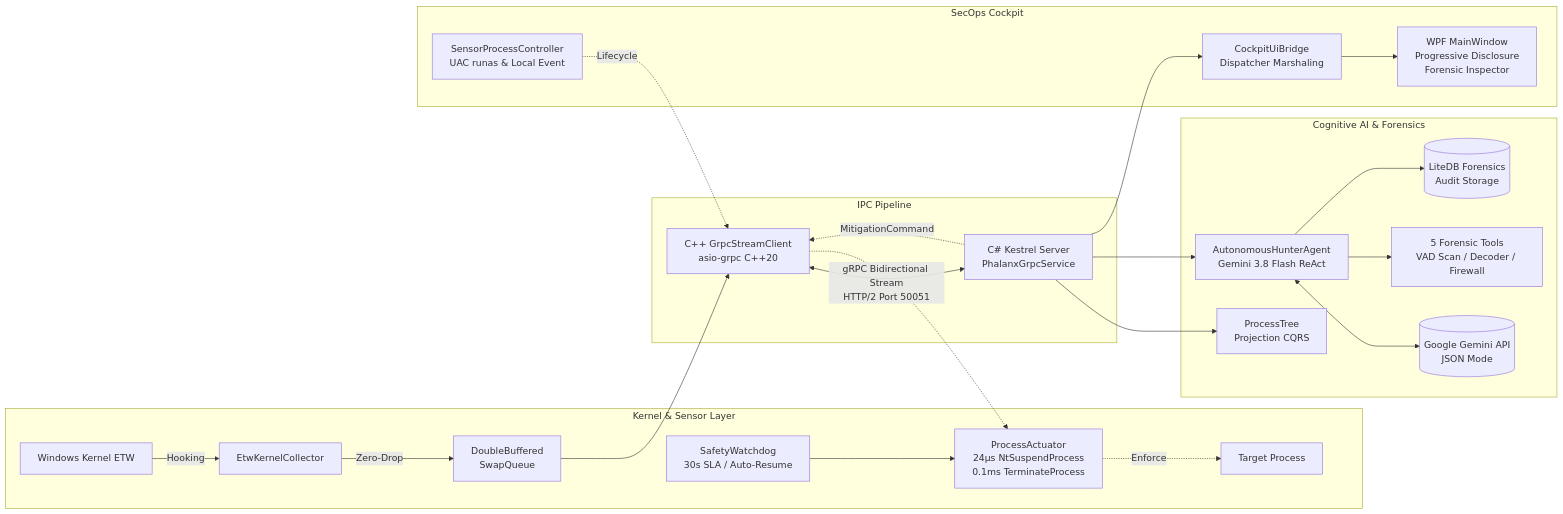
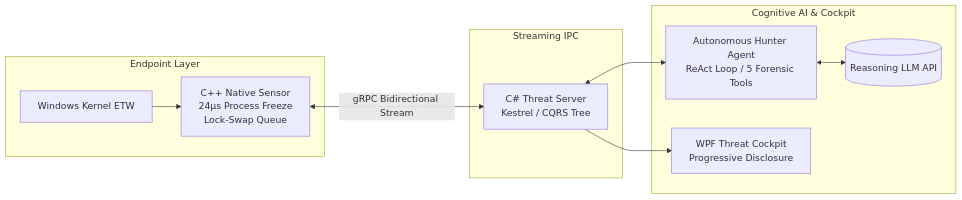
Before and after one commit to jin20203458/jin20203458: the first of 2 diagrams in README.md, drawn with Mermaid. The commit also changed other lines of this file, not shown here.

````diff
--- a/README.md
+++ b/README.md
@@ -45,31 +45,16 @@
 ```mermaid
 graph LR
-    subgraph Kernel & Sensor Layer
-        ETW[Windows Kernel ETW] -->|Hooking| Collector[EtwKernelCollector]
-        Collector -->|Zero-Drop| Queue[DoubleBuffered<br/>SwapQueue]
-        Actuator[ProcessActuator<br/>24μs NtSuspendProcess<br/>0.1ms TerminateProcess] -.->|Enforce| Target[Target Process]
-        WD[SafetyWatchdog<br/>30s SLA / Auto-Resume] --> Actuator
+    subgraph Endpoint Layer
+        ETW[Windows Kernel ETW] --> Sensor[C++ Native Sensor<br/>24μs Process Freeze<br/>Lock-Swap Queue]
     end
 
-    subgraph IPC Pipeline
-        Client[C++ GrpcStreamClient<br/>asio-grpc C++20]
-        Queue --> Client
-        Client <-->|gRPC Bidirectional Stream<br/>HTTP/2 Port 50051| Server[C# Kestrel Server<br/>PhalanxGrpcService]
-        Server -.->|MitigationCommand| Client
-        Client -.-> Actuator
+    subgraph Streaming IPC
+        Sensor <-->|gRPC Bidirectional Stream| Server[C# Threat Server<br/>Kestrel / CQRS Tree]
     end
 
-    subgraph Cognitive AI & Forensics
-        Server --> Tree[ProcessTree<br/>Projection CQRS]
-        Server --> Agent[AutonomousHunterAgent<br/>Gemini 3.8 Flash ReAct]
-        Agent <--> LLM[(Google Gemini API<br/>JSON Mode)]
-        Agent --> Tools[5 Forensic Tools<br/>VAD Scan / Decoder / Firewall]
-        Agent --> Archive[(LiteDB Forensics<br/>Audit Storage)]
-    end
-
-    subgraph SecOps Cockpit
-        Server --> Bridge[CockpitUiBridge<br/>Dispatcher Marshaling]
-        Bridge --> WPF[WPF MainWindow<br/>Progressive Disclosure<br/>Forensic Inspector]
-        Ctrl[SensorProcessController<br/>UAC runas & Local Event] -.->|Lifecycle| Client
+    subgraph Cognitive AI & Cockpit
+        Server <--> Agent[Autonomous Hunter Agent<br/>ReAct Loop / 5 Forensic Tools]
+        Agent <--> LLM[(Reasoning LLM API)]
+        Server --> UI[WPF Threat Cockpit<br/>Progressive Disclosure]
     end
 ```
````
